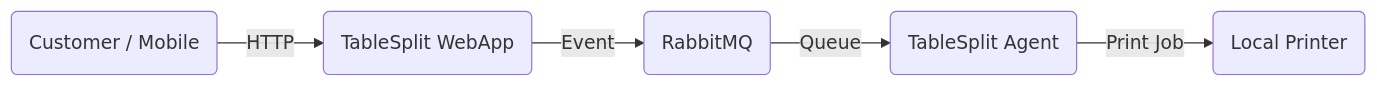
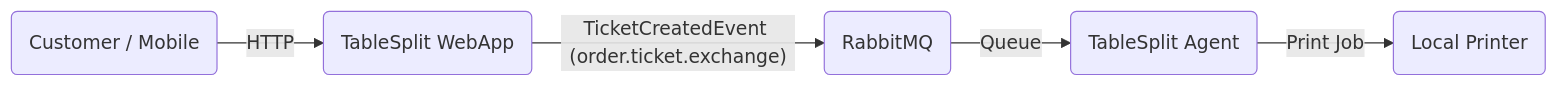
Before and after one commit to thiagotioliveira/table-split: the diagram in README.md, drawn with Mermaid. The commit also changed other lines of this file and 33 other files, not shown here.

````diff
--- a/README.md
+++ b/README.md
@@ -16,7 +16,7 @@
 ```mermaid
 graph LR
     User(Customer / Mobile) -- HTTP --> WebApp(TableSplit WebApp)
-    WebApp -- Event --> Broker(RabbitMQ)
+    WebApp -- "TicketCreatedEvent (order.ticket.exchange)" --> Broker(RabbitMQ)
     Broker -- Queue --> Agent(TableSplit Agent)
     Agent -- Print Job --> Printer(Local Printer)
 ```
````
